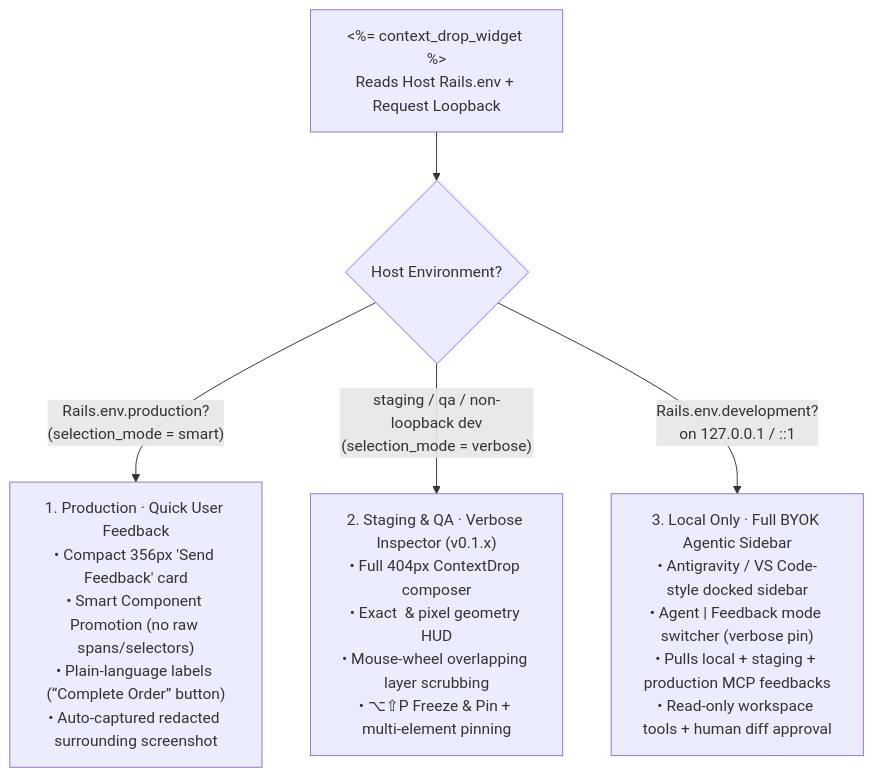
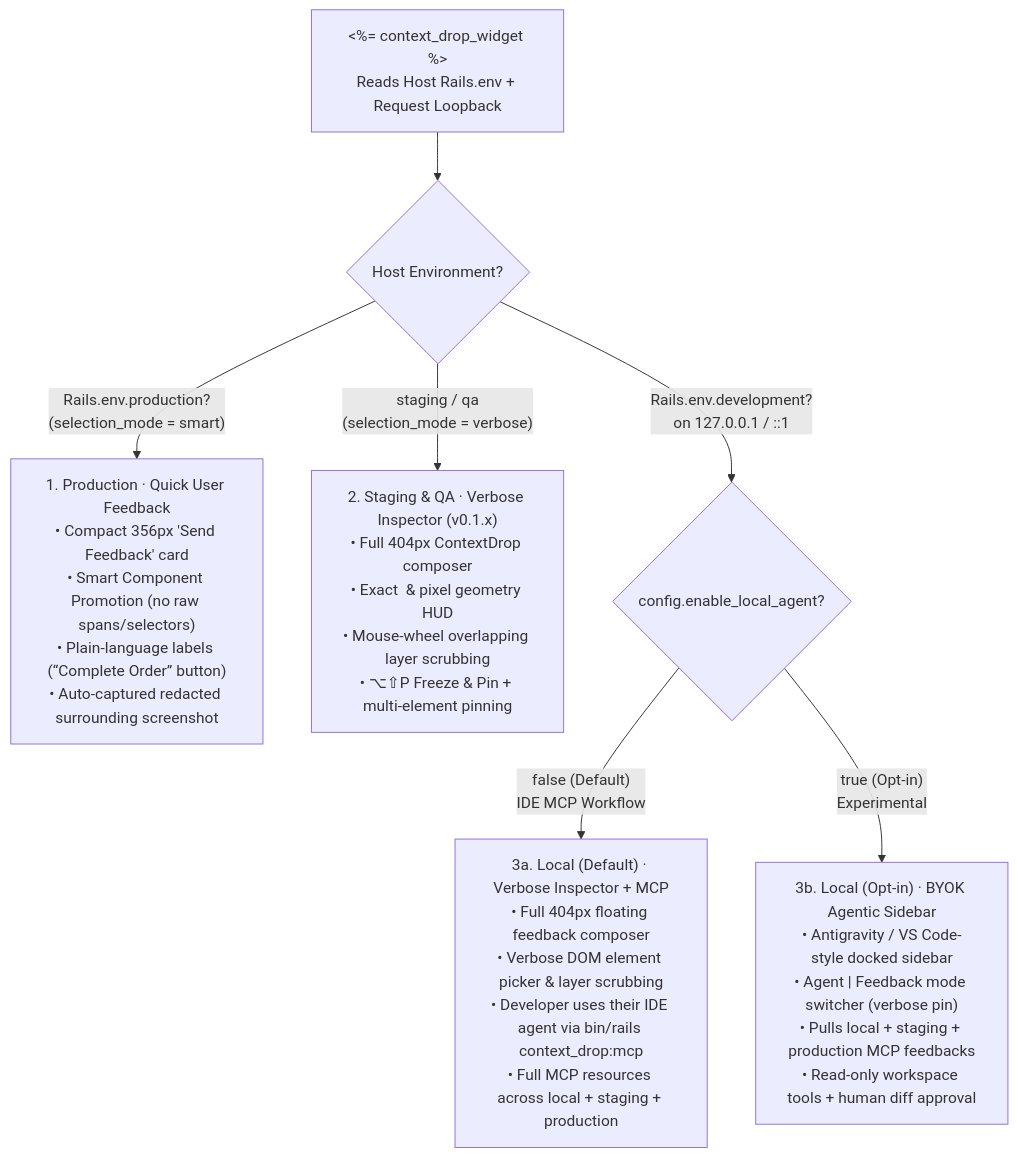
Before and after one commit to kemalelmizan/context-drop: the first of 2 diagrams in README.md, drawn with Mermaid. The commit also changed other lines of this file and 13 other files, not shown here.

Commit message:
feat: add dark/light theme toggle, expand sidebar width, and update agent config default

````diff
--- a/README.md
+++ b/README.md
@@ -49,10 +55,14 @@
 ```mermaid
 flowchart TD
   Boot["&lt;%= context_drop_widget %&gt;\nReads Host Rails.env + Request Loopback"] --> CheckEnv{"Host Environment?"}
 
   CheckEnv -->|"Rails.env.production?\n(selection_mode = smart)"| Prod["1. Production · Quick User Feedback\n• Compact 356px 'Send Feedback' card\n• Smart Component Promotion (no raw spans/selectors)\n• Plain-language labels (“Complete Order” button)\n• Auto-captured redacted surrounding screenshot"]
 
-  CheckEnv -->|"staging / qa / non-loopback dev\n(selection_mode = verbose)"| Staging["2. Staging & QA · Verbose Inspector (v0.1.x)\n• Full 404px ContextDrop composer\n• Exact <tag#id.class> & pixel geometry HUD\n• Mouse-wheel overlapping layer scrubbing\n• ⌥⇧P Freeze & Pin + multi-element pinning"]
+  CheckEnv -->|"staging / qa\n(selection_mode = verbose)"| Staging["2. Staging & QA · Verbose Inspector (v0.1.x)\n• Full 404px ContextDrop composer\n• Exact <tag#id.class> & pixel geometry HUD\n• Mouse-wheel overlapping layer scrubbing\n• ⌥⇧P Freeze & Pin + multi-element pinning"]
 
-  CheckEnv -->|"Rails.env.development?\non 127.0.0.1 / ::1"| Local["3. Local Only · Full BYOK Agentic Sidebar\n• Antigravity / VS Code-style docked sidebar\n• Agent | Feedback mode switcher (verbose pin)\n• Pulls local + staging + production MCP feedbacks\n• Read-only workspace tools + human diff approval"]
+  CheckEnv -->|"Rails.env.development?\non 127.0.0.1 / ::1"| LocalCheck{"config.enable_local_agent?"}
+
+  LocalCheck -->|"false (Default)\nIDE MCP Workflow"| LocalVerbose["3a. Local (Default) · Verbose Inspector + MCP\n• Full 404px floating feedback composer\n• Verbose DOM element picker & layer scrubbing\n• Developer uses their IDE agent via bin/rails context_drop:mcp\n• Full MCP resources across local + staging + production"]
+
+  LocalCheck -->|"true (Opt-in)\nExperimental"| LocalAgent["3b. Local (Opt-in) · BYOK Agentic Sidebar\n• Antigravity / VS Code-style docked sidebar\n• Agent | Feedback mode switcher (verbose pin)\n• Pulls local + staging + production MCP feedbacks\n• Read-only workspace tools + human diff approval"]
 ```
````
